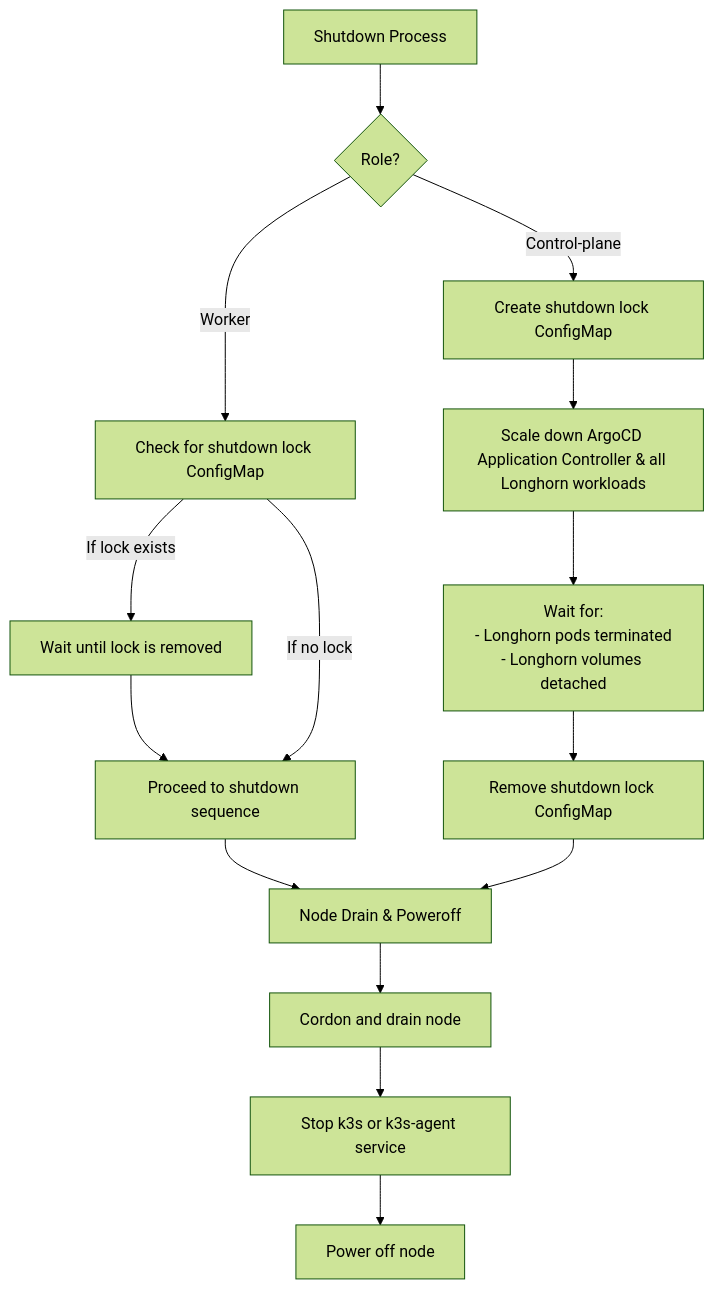
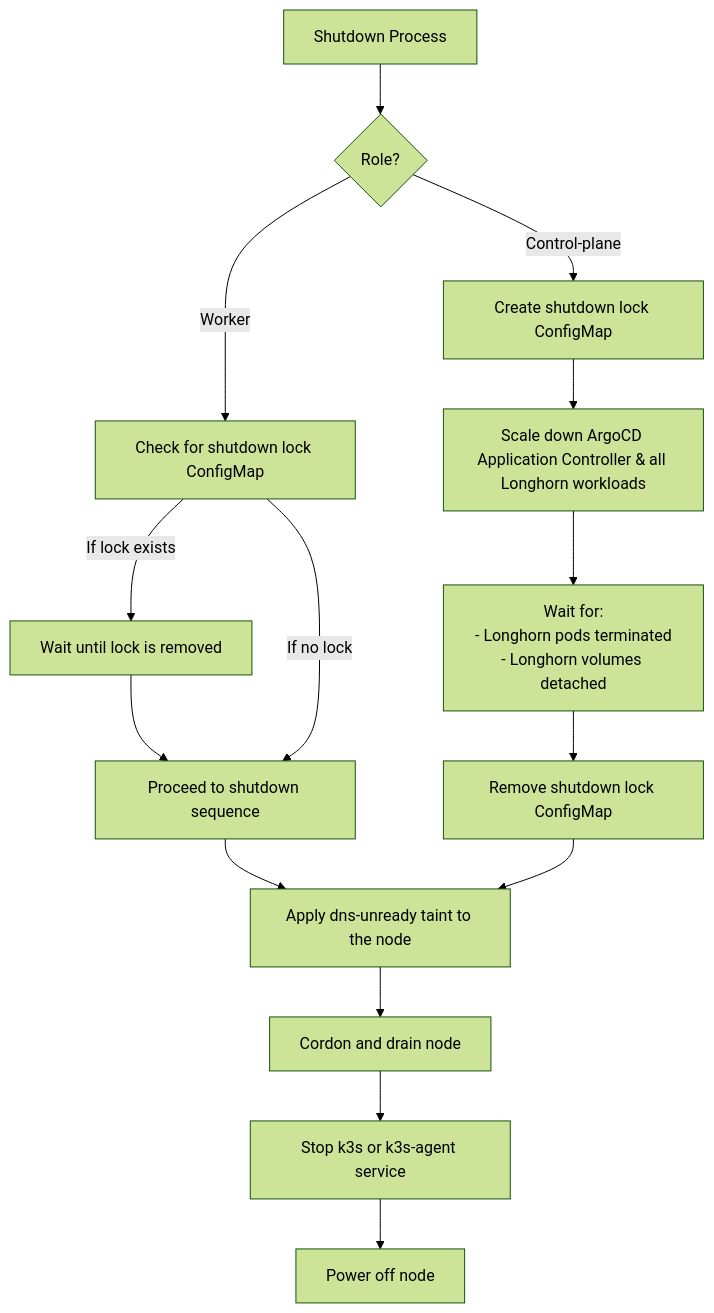
One commit to Schwitzd/IaC-HomeK3s changed the second of 3 diagrams in README.md. Above: the diagram before and after it, drawn with Mermaid (forest theme). The commit also changed other lines of this file, not shown here.

````diff
--- a/README.md
+++ b/README.md
@@ -175,16 +176,16 @@
 ```mermaid
 flowchart TD
   A[Shutdown Process] --> B{Role?}
   B -- "Control-plane" --> C[Create shutdown lock ConfigMap]
   B -- "Worker" --> D[Check for shutdown lock ConfigMap]
   D -- "If lock exists" --> E[Wait until lock is removed]
   E --> F[Proceed to shutdown sequence]
   D -- "If no lock" --> F
   C --> G[Scale down ArgoCD Application Controller & all Longhorn workloads]
   G --> H[Wait for:<br>- Longhorn pods terminated<br>- Longhorn volumes detached]
   H --> I[Remove shutdown lock ConfigMap]
-  F & I --> J[Node Drain & Poweroff]
-  J --> K[Cordon and drain node]
+  F & I --> J1[Apply dns-unready taint to the node]
+  J1 --> K[Cordon and drain node]
   K --> L[Stop k3s or k3s-agent service]
   L --> M[Power off node]
 ```
````
